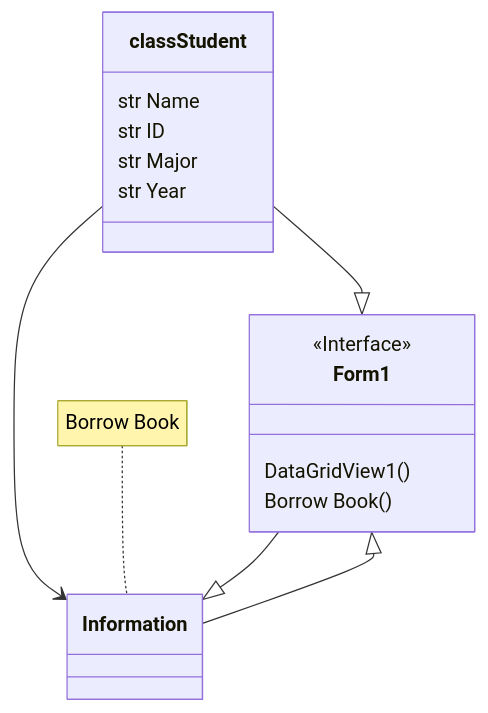
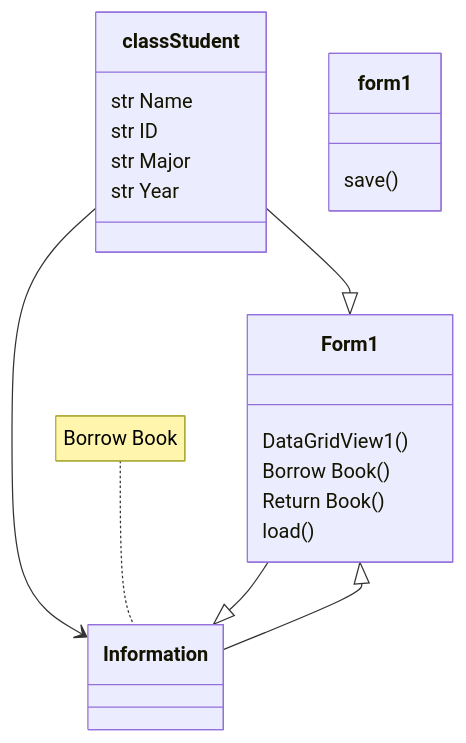
Before and after one commit to bbxxaxxm/Finalnatnicha: the diagram in README.md, drawn with Mermaid.

````diff
--- a/README.md
+++ b/README.md
@@ -9,15 +9,18 @@
 ```mermaid
 classDiagram
 Form1 --|> Information
-<<Interface>> Form1
+
 Information --|> Form1
 note for Information "Borrow Book"
 classStudent --> Information
 classStudent : str Name
 classStudent : str ID
 classStudent : str Major
 classStudent : str Year
 classStudent --|> Form1
 Form1 : DataGridView1()
 Form1 : Borrow Book()
+Form1 : Return Book()
+form1 : save()
+Form1 : load()
 ```
````
